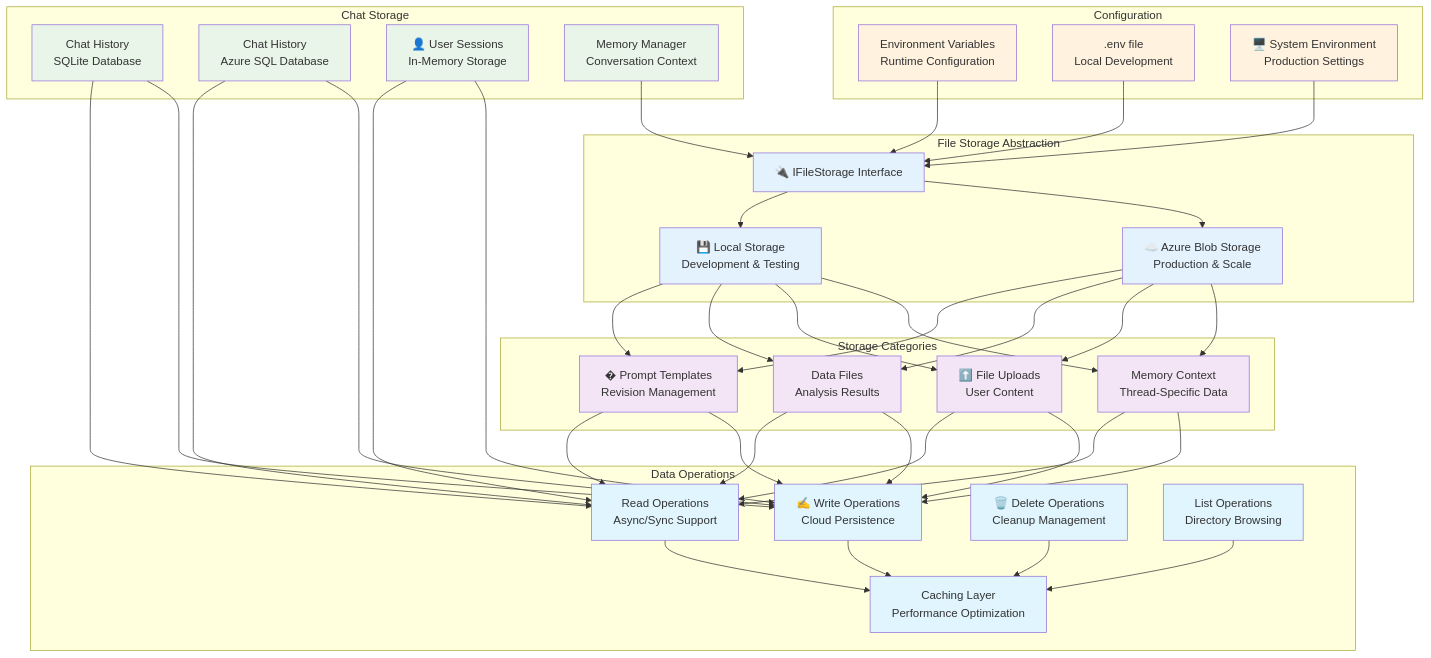
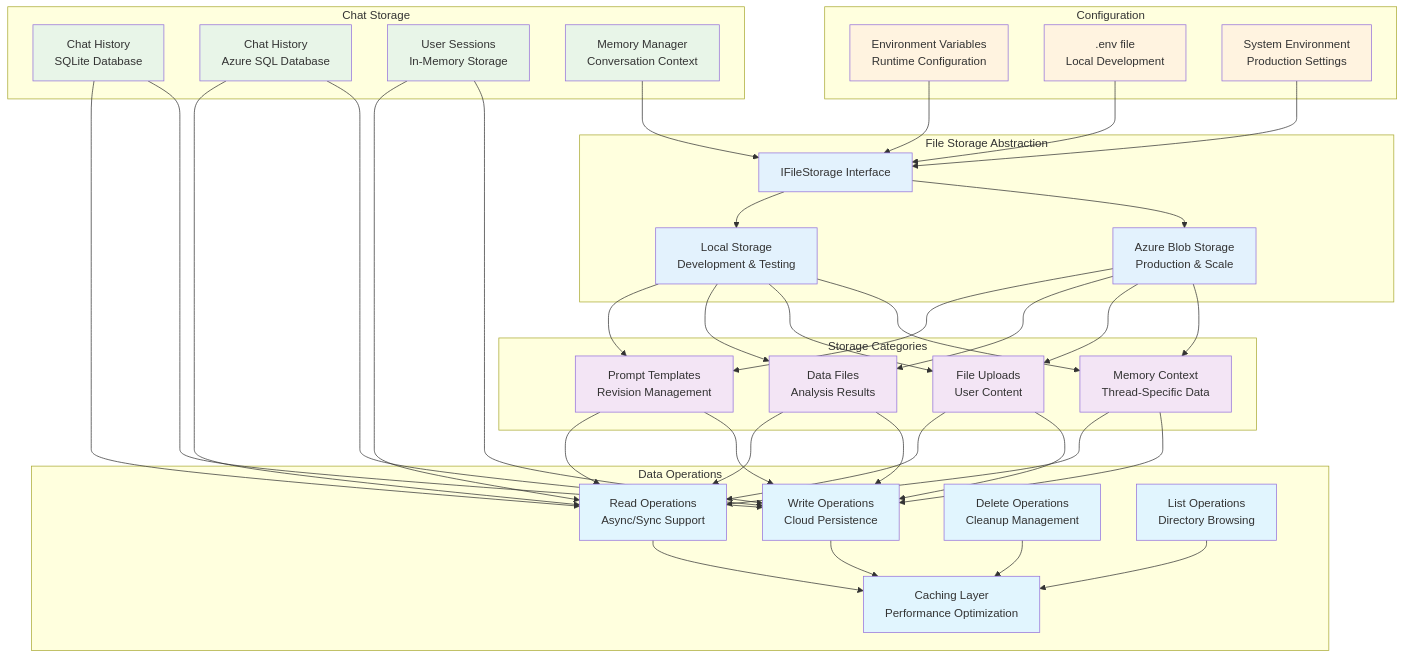
One commit to the-ingenious-dark-knight/Insight_Ingenious changed the fifth of 13 diagrams in docs/architecture/README.md. Above: the diagram before and after it, drawn with Mermaid. The commit also changed other lines of this file and 17 other files, not shown here.

````diff
--- a/docs/architecture/README.md
+++ b/docs/architecture/README.md
@@ -204,37 +204,37 @@
 ```mermaid
 graph TB
     subgraph " Configuration"
-        ENV_VARS[ Environment Variables<br/>Runtime Configuration]
-        ENV_FILE[ .env file<br/>Local Development]
-        SYSTEM_ENV[🖥️ System Environment<br/>Production Settings]
+        ENV_VARS[Environment Variables<br/>Runtime Configuration]
+        ENV_FILE[.env file<br/>Local Development]
+        SYSTEM_ENV[System Environment<br/>Production Settings]
     end
 
     subgraph " Chat Storage"
-        HISTORY_SQLITE[ Chat History<br/>SQLite Database]
-        HISTORY_AZURE[ Chat History<br/>Azure SQL Database]
-        SESSIONS[👤 User Sessions<br/>In-Memory Storage]
-        MEMORY_MGR[ Memory Manager<br/>Conversation Context]
+        HISTORY_SQLITE[Chat History<br/>SQLite Database]
+        HISTORY_AZURE[Chat History<br/>Azure SQL Database]
+        SESSIONS[User Sessions<br/>In-Memory Storage]
+        MEMORY_MGR[Memory Manager<br/>Conversation Context]
     end
 
     subgraph " File Storage Abstraction"
-        STORAGE_INTERFACE[🔌 IFileStorage Interface]
-        LOCAL_STORAGE[💾 Local Storage<br/>Development & Testing]
-        AZURE_BLOB[☁️ Azure Blob Storage<br/>Production & Scale]
+        STORAGE_INTERFACE[IFileStorage Interface]
+        LOCAL_STORAGE[Local Storage<br/>Development & Testing]
+        AZURE_BLOB[Azure Blob Storage<br/>Production & Scale]
     end
 
     subgraph " Storage Categories"
-        PROMPTS[� Prompt Templates<br/>Revision Management]
-        DATA_FILES[ Data Files<br/>Analysis Results]
-        UPLOADS[⬆️ File Uploads<br/>User Content]
-        MEMORY_FILES[ Memory Context<br/>Thread-Specific Data]
+        PROMPTS[Prompt Templates<br/>Revision Management]
+        DATA_FILES[Data Files<br/>Analysis Results]
+        UPLOADS[File Uploads<br/>User Content]
+        MEMORY_FILES[Memory Context<br/>Thread-Specific Data]
     end
 
     subgraph " Data Operations"
-        READ[ Read Operations<br/>Async/Sync Support]
-        WRITE[✍️ Write Operations<br/>Cloud Persistence]
-        DELETE[🗑️ Delete Operations<br/>Cleanup Management]
-        LIST[ List Operations<br/>Directory Browsing]
-        CACHE[ Caching Layer<br/>Performance Optimization]
+        READ[Read Operations<br/>Async/Sync Support]
+        WRITE[Write Operations<br/>Cloud Persistence]
+        DELETE[Delete Operations<br/>Cleanup Management]
+        LIST[List Operations<br/>Directory Browsing]
+        CACHE[Caching Layer<br/>Performance Optimization]
     end
 
     ENV_VARS --> STORAGE_INTERFACE
````
